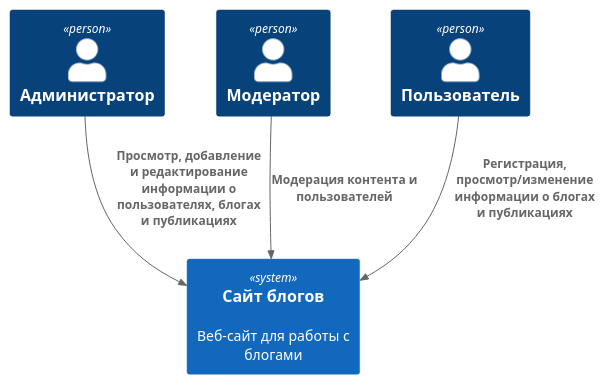
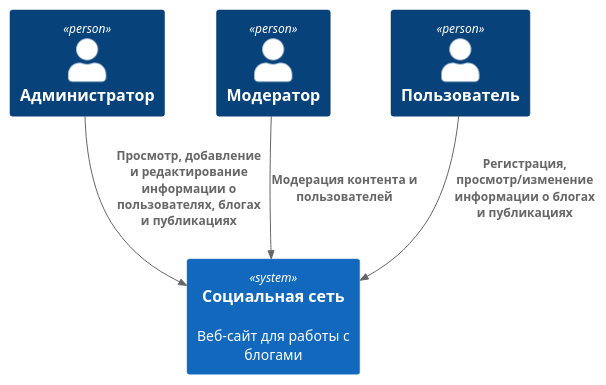
Before and after one commit to B3aRrrr/SoftwareArchitectureMAI_ChernyshevDmitry: the diagram in context.md, drawn with PlantUML. The commit also changed other lines of this file and 2 other files, not shown here.

Commit message:
Add descriptions

````diff
--- a/context.md
+++ b/context.md
@@ -4,20 +4,20 @@
 ```plantuml
 @startuml
 !include https://raw.githubusercontent.com/plantuml-stdlib/C4-PlantUML/master/C4_Container.puml
 
 Person(admin, "Администратор")
 Person(moderator, "Модератор")
 Person(user, "Пользователь")
 
-System(conference_site, "Сайт блогов", "Веб-сайт для работы с блогами")
+System(conference_site, "Социальная сеть", "Веб-сайт для работы с блогами")
 
 
 
 Rel(admin, conference_site, "Просмотр, добавление и редактирование информации о пользователях, блогах и публикациях")
 Rel(moderator, conference_site, "Модерация контента и пользователей")
 Rel(user, conference_site, "Регистрация, просмотр/изменение информации о блогах и публикациях")
 
 
 
 @enduml
 ```
````
